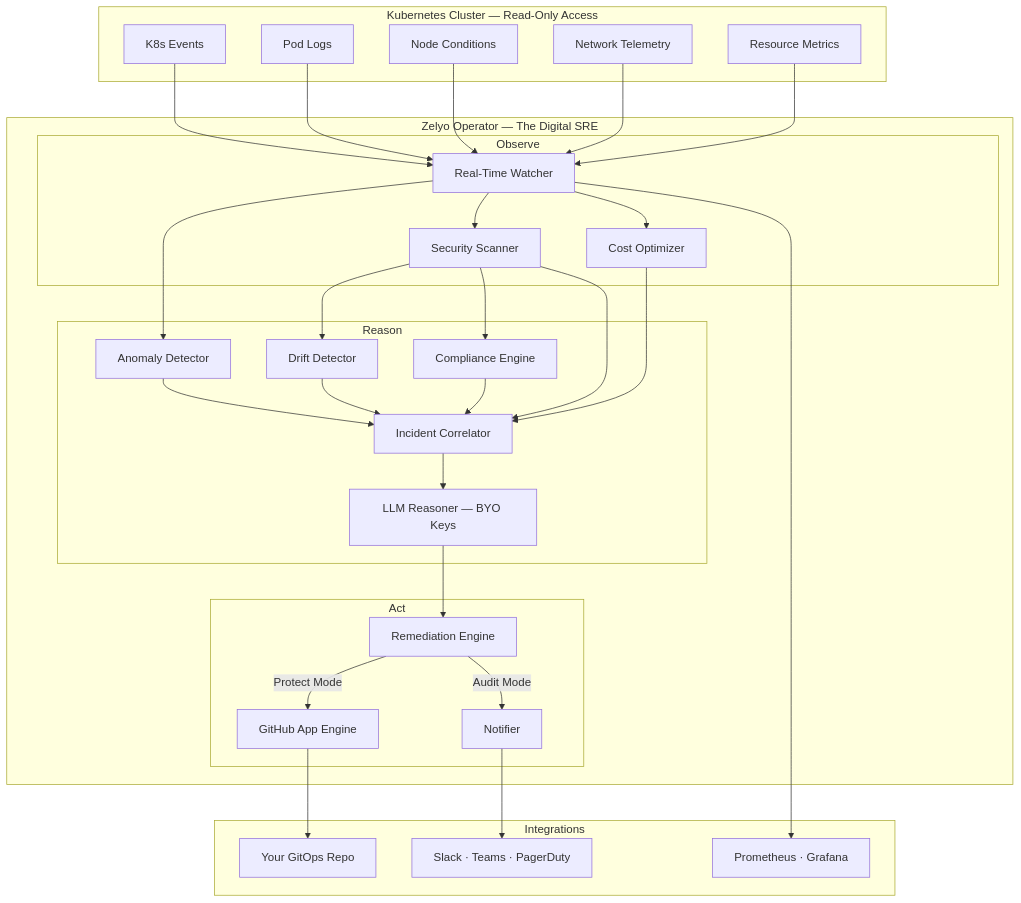
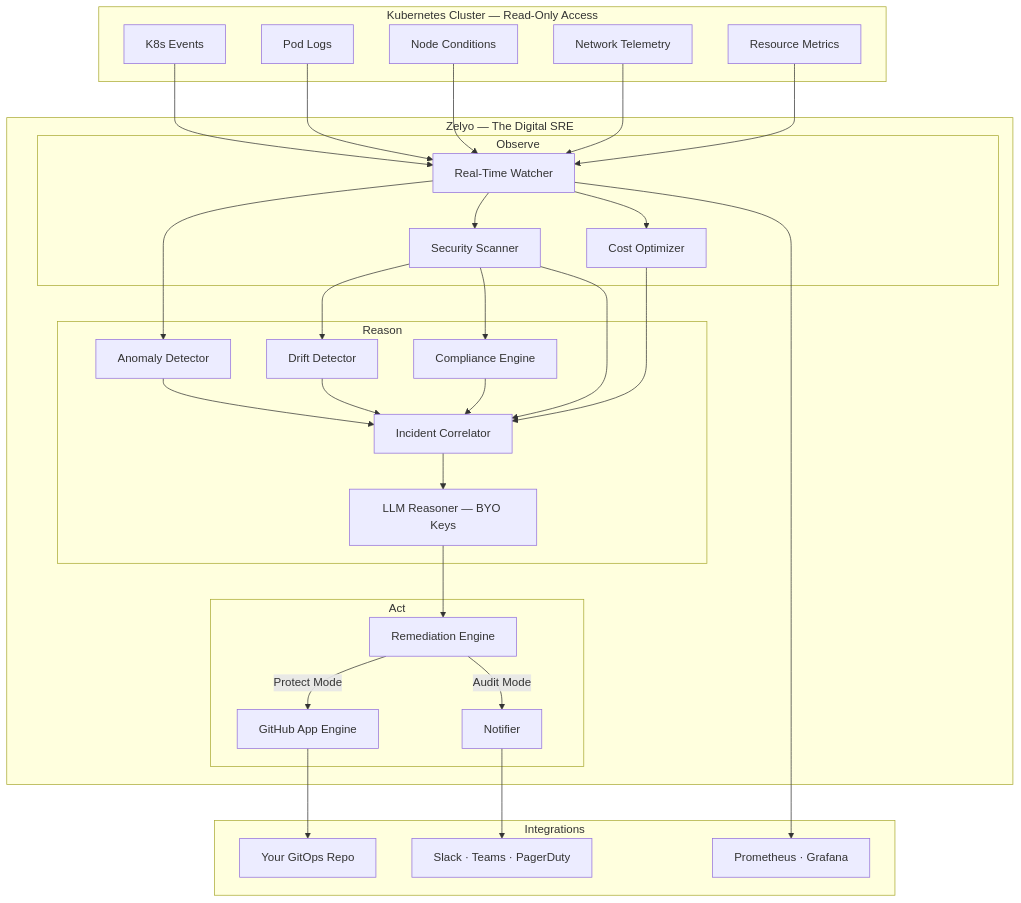
One commit to aotanami/aotanami changed the diagram in docs/index.md. Above: the diagram before and after it, drawn with Mermaid. The commit also changed other lines of this file and 2 other files, not shown here.

First line of the commit message:
Clarify distinction between Zelyo core product and Operator (#27)

````diff
--- a/docs/index.md
+++ b/docs/index.md
@@ -121,48 +123,48 @@
 ```mermaid
 graph TB
     subgraph "Kubernetes Cluster — Read-Only Access"
         Events[K8s Events]
         Logs[Pod Logs]
         Nodes[Node Conditions]
         Net[Network Telemetry]
         Metrics[Resource Metrics]
     end
 
-    subgraph "Zelyo Operator — The Digital SRE"
+    subgraph "Zelyo — The Digital SRE"
         subgraph "Observe"
             Watcher[Real-Time Watcher]
             Scanner[Security Scanner]
             CostEng[Cost Optimizer]
         end
         subgraph "Reason"
             AnomalyDet[Anomaly Detector]
             Correlator[Incident Correlator]
             Compliance[Compliance Engine]
             DriftDet[Drift Detector]
             LLM["LLM Reasoner — BYO Keys"]
         end
         subgraph "Act"
             Remediation[Remediation Engine]
             GitOps[GitHub App Engine]
             Notify[Notifier]
         end
     end
 
     subgraph "Integrations"
         GitRepo[Your GitOps Repo]
         Alerts["Slack · Teams · PagerDuty"]
         Prom["Prometheus · Grafana"]
     end
 
     Events & Logs & Nodes & Net & Metrics --> Watcher
     Watcher --> AnomalyDet & Scanner & CostEng
     Scanner --> DriftDet & Compliance
     AnomalyDet & Scanner & CostEng & DriftDet & Compliance --> Correlator
     Correlator --> LLM
     LLM --> Remediation
     Remediation -->|Protect Mode| GitOps
     Remediation -->|Audit Mode| Notify
     GitOps --> GitRepo
     Notify --> Alerts
     Watcher --> Prom
 ```
````
